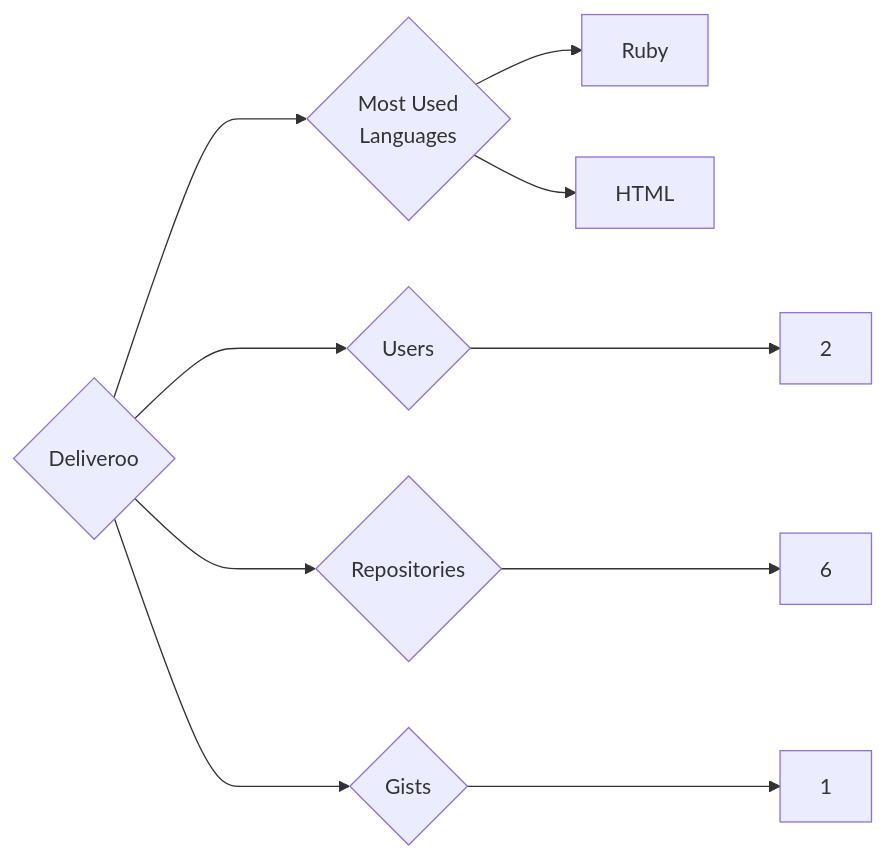
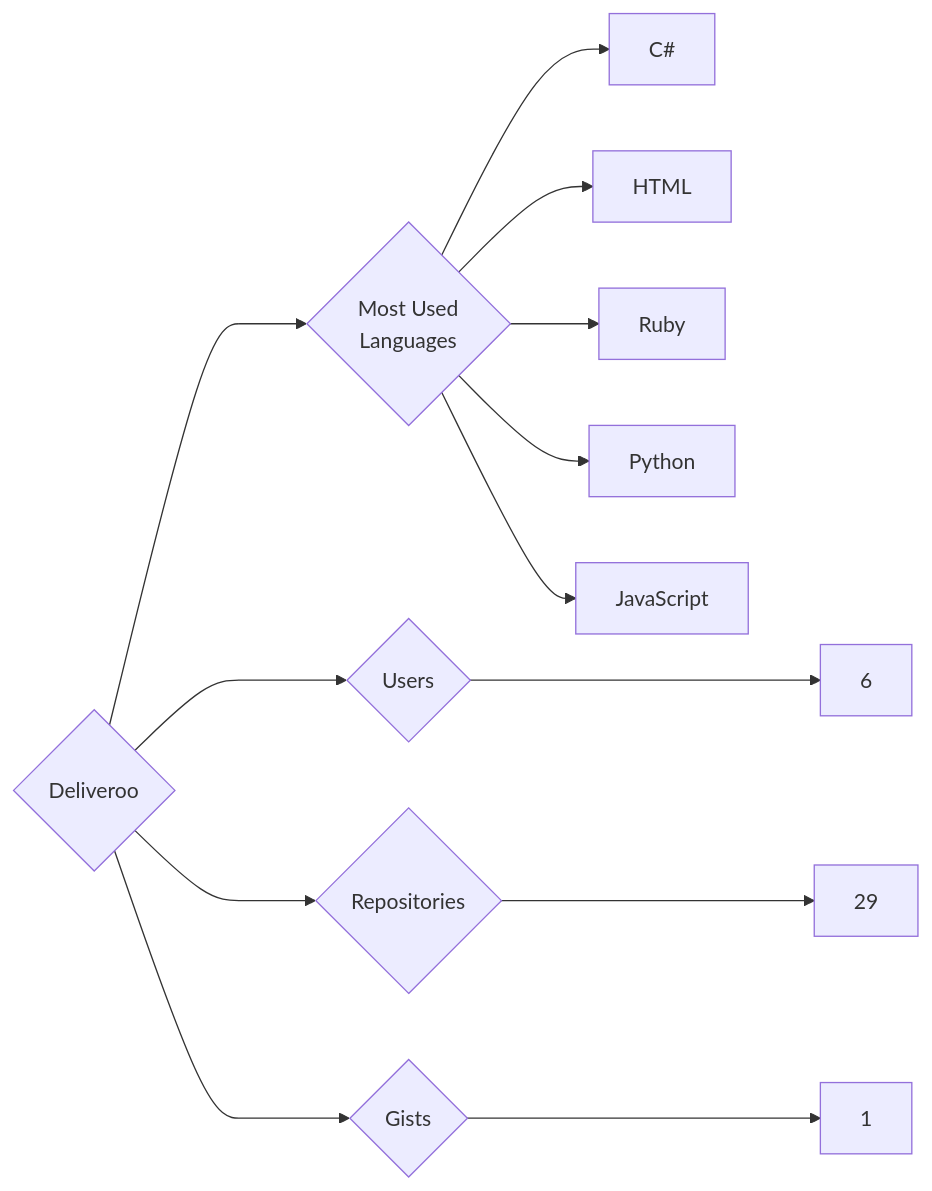
One commit to trickest/insiders changed the diagram in targets/Deliveroo/README.md. Above: the diagram before and after it, drawn with Mermaid. The commit also changed 988 other files, not shown here.

````diff
--- a/targets/Deliveroo/README.md
+++ b/targets/Deliveroo/README.md
@@ -3,10 +3,13 @@
 ```mermaid
 graph LR
 COMPANY_NAME{Deliveroo}
-COMPANY_NAME ---> U{Users} ---> UN[2]
-COMPANY_NAME ---> R{Repositories} ---> RN[6]
+COMPANY_NAME ---> U{Users} ---> UN[6]
+COMPANY_NAME ---> R{Repositories} ---> RN[29]
 COMPANY_NAME ---> G{Gists} ---> GN[1]
 COMPANY_NAME ---> ML{Most Used<br>Languages}
+ML --> C#[C#]
+ML --> HTML[HTML]
 ML --> Ruby[Ruby]
-ML --> HTML[HTML]
+ML --> Python[Python]
+ML --> JavaScript[JavaScript]
 ```
````
